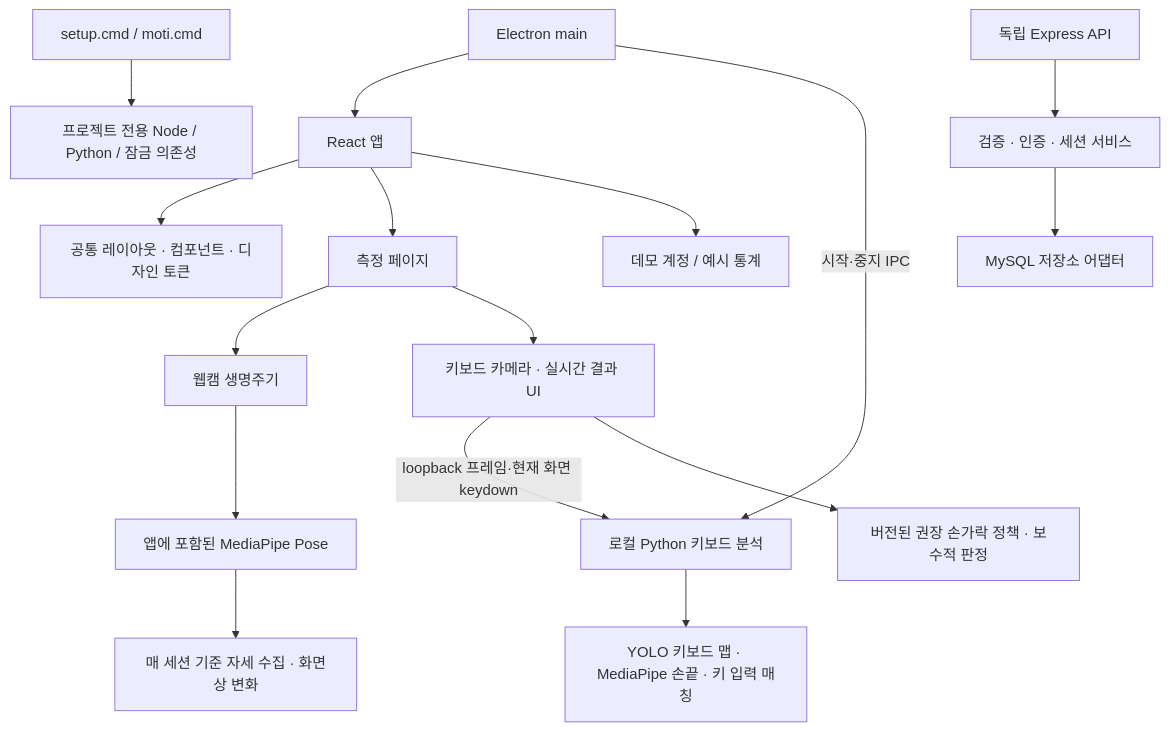
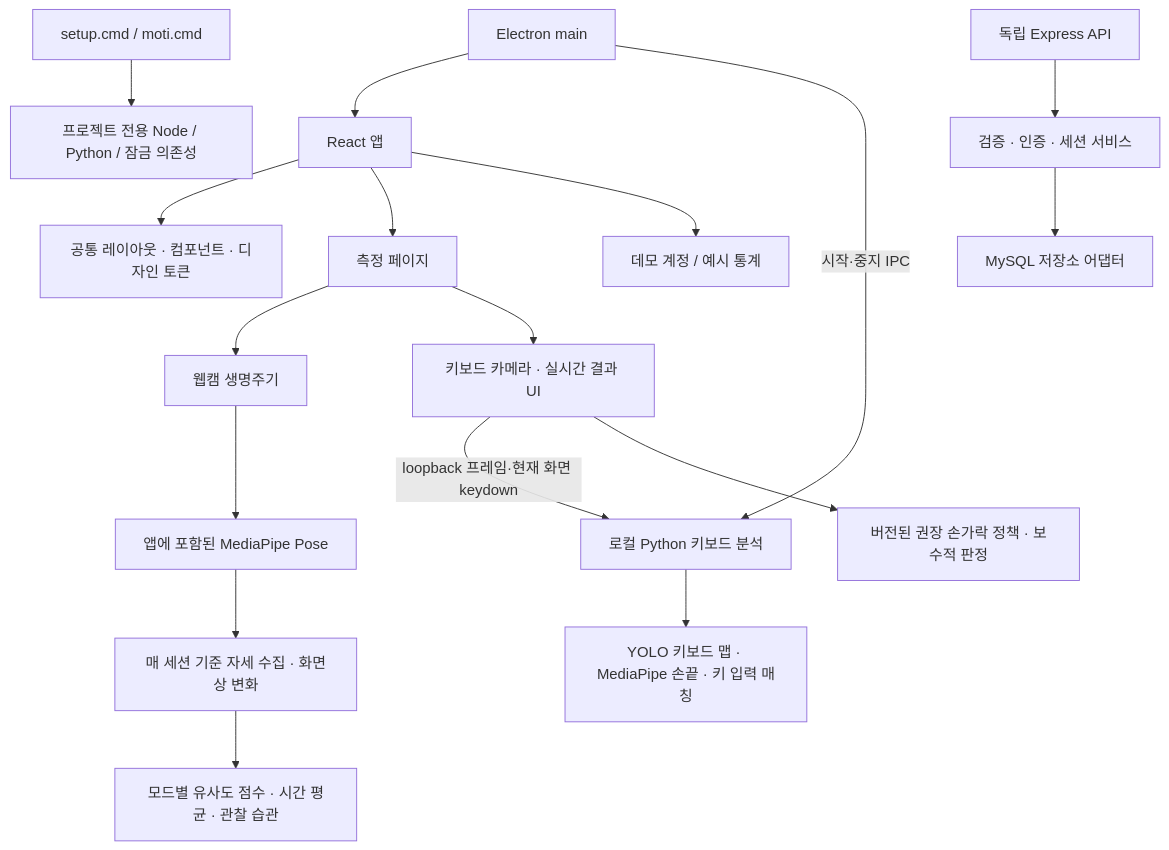
The diagram in docs/architecture.md (Attraaa/Graduation-Project), drawn with Mermaid before and after one commit. The commit also changed other lines of this file and 34 other files, not shown here.

````diff
--- a/docs/architecture.md
+++ b/docs/architecture.md
@@ -7,18 +7,19 @@
 ```mermaid
 flowchart TD
   S[setup.cmd / moti.cmd] --> T[프로젝트 전용 Node / Python / 잠금 의존성]
   E[Electron main] --> R[React 앱]
   E -->|시작·중지 IPC| K[로컬 Python 키보드 분석]
   R --> UI[공통 레이아웃 · 컴포넌트 · 디자인 토큰]
   R --> M[측정 페이지]
   M --> W[웹캠 생명주기]
   W --> P[앱에 포함된 MediaPipe Pose]
   P --> C[매 세션 기준 자세 수집 · 화면상 변화]
+  C --> V1[모드별 유사도 점수 · 시간 평균 · 관찰 습관]
   R --> D[데모 계정 / 예시 통계]
   A[독립 Express API] --> V[검증 · 인증 · 세션 서비스]
   V --> DB[MySQL 저장소 어댑터]
   M --> KM[키보드 카메라 · 실시간 결과 UI]
   KM -->|loopback 프레임·현재 화면 keydown| K
   K --> F[YOLO 키보드 맵 · MediaPipe 손끝 · 키 입력 매칭]
   KM --> FP[버전된 권장 손가락 정책 · 보수적 판정]
 ```
````
